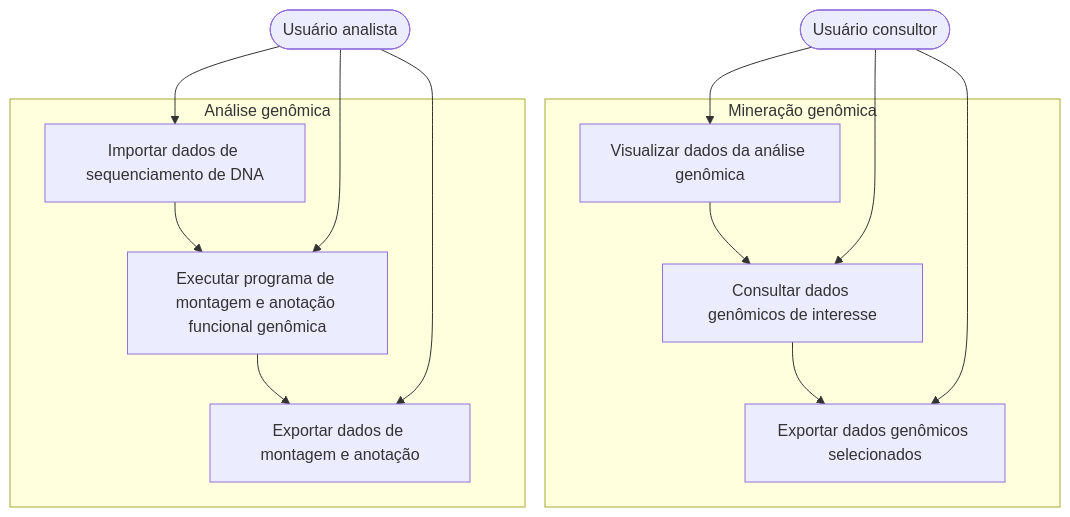
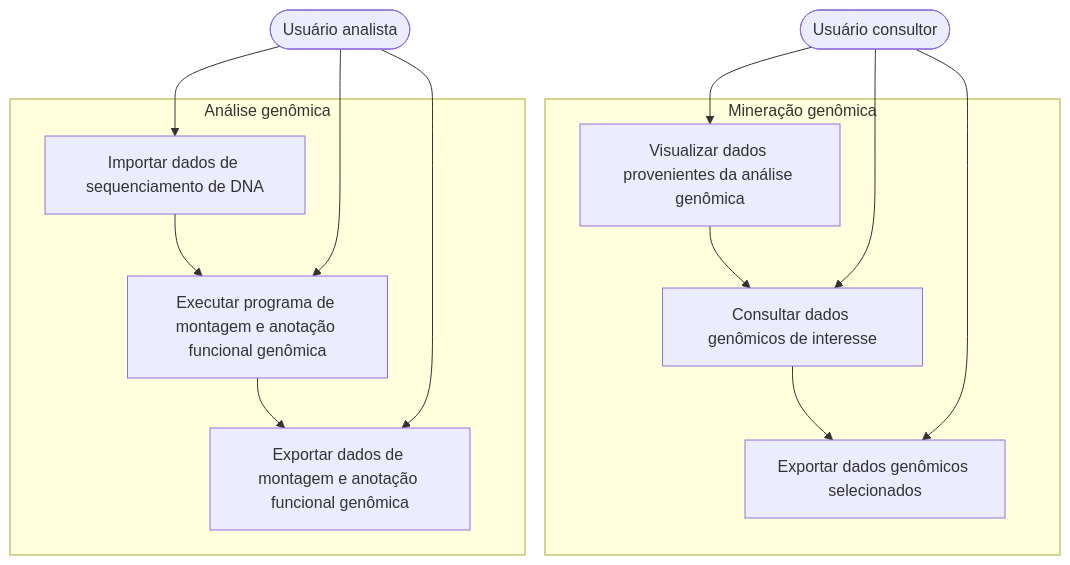
The diagram in ADS_BACMAP/D_usecase.md (bryantavares25/Technologist_system_analyses_development), drawn with Mermaid before and after one commit.

````diff
--- a/ADS_BACMAP/D_usecase.md
+++ b/ADS_BACMAP/D_usecase.md
@@ -1,21 +1,21 @@
 ```mermaid
 graph TD
   User1([Usuário analista])
   User2([Usuário consultor])
 
   subgraph MG[Mineração genômica]
-      A[Visualizar dados da análise genômica] --> S[Consultar dados genômicos de interesse] --> F[Exportar dados genômicos selecionados]
+      A[Visualizar dados provenientes da análise genômica] --> S[Consultar dados genômicos de interesse] --> F[Exportar dados genômicos selecionados]
   end
 
   subgraph AG[Análise genômica]
-      Q[Importar dados de sequenciamento de DNA] --> W[Executar programa de montagem e anotação funcional genômica] --> R[Exportar dados de montagem e anotação]
+      Q[Importar dados de sequenciamento de DNA] --> W[Executar programa de montagem e anotação funcional genômica] --> R[Exportar dados de montagem e anotação funcional genômica]
   end
 
   User1 --> Q
   User1 --> W
   User1 --> R
     
   User2 --> A
   User2 --> S
   User2 --> F
 ```
````
